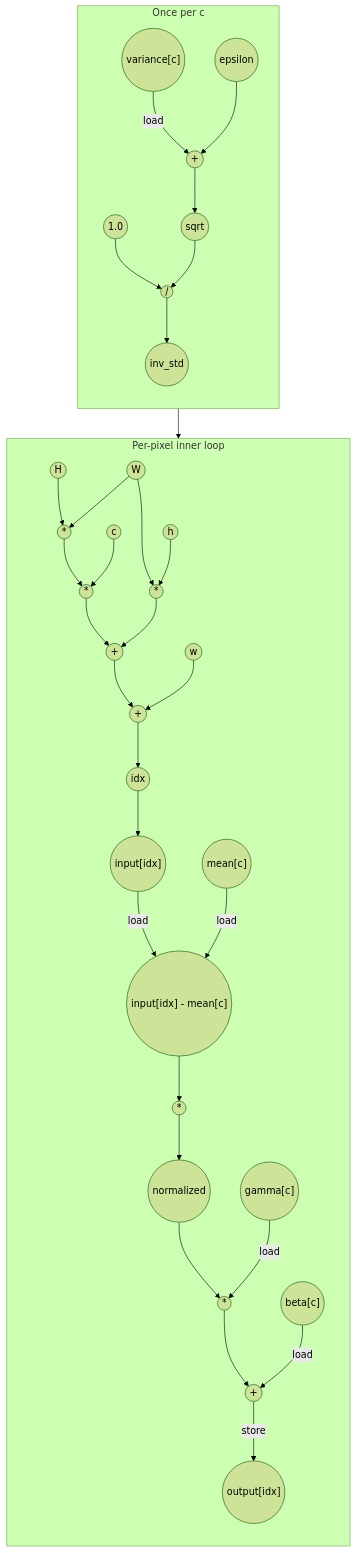
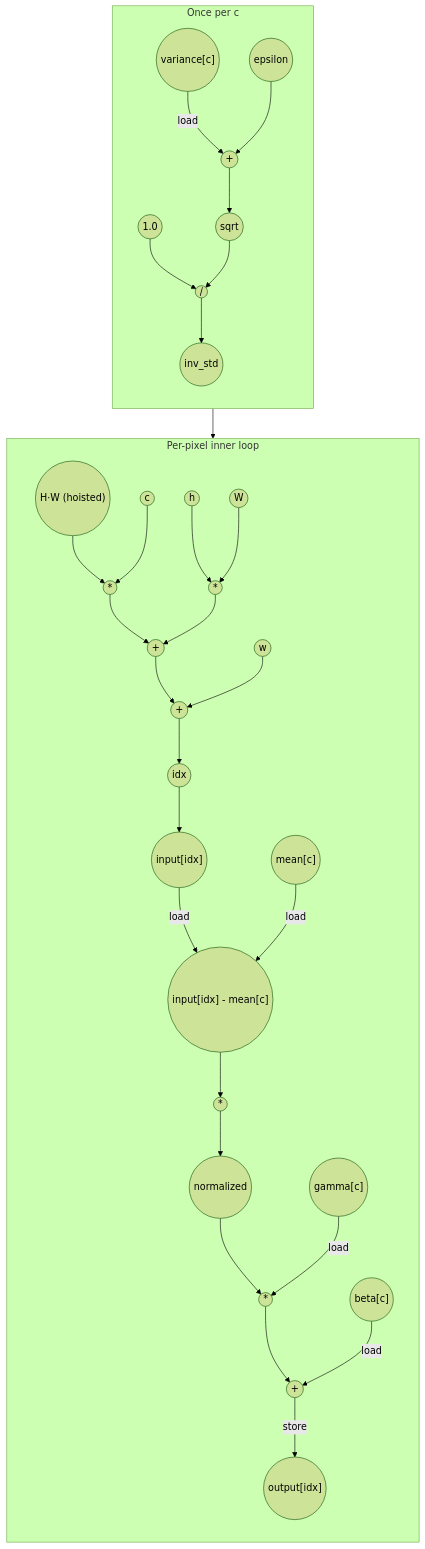
Before and after one commit to PolyArch/loom: the diagram in tests/app/batchnorm/batchnorm_eval.md, drawn with Mermaid (forest theme). The commit also changed other lines of this file and 3 other files, not shown here.

````diff
--- a/tests/app/batchnorm/batchnorm_eval.md
+++ b/tests/app/batchnorm/batchnorm_eval.md
@@ -23,72 +46,72 @@
 ```mermaid
 graph TD
     subgraph channel["Once per c"]
         direction TB
         one(("1.0"))
         epsilon(("epsilon"))
         variance(("variance[c]"))
         add_var_eps((" + "))
         sqrt_var(("sqrt"))
         div_inv_std((" / "))
         inv_std(("inv_std"))
 
         variance -->|load| add_var_eps
         epsilon --> add_var_eps
         add_var_eps --> sqrt_var
         one --> div_inv_std
         sqrt_var --> div_inv_std
         div_inv_std --> inv_std
     end
 
     subgraph pixel["Per-pixel inner loop"]
         direction TB
         c(("c"))
         h(("h"))
-        H(("H"))
+        HW(("H·W (hoisted)"))
         W(("W"))
         w(("w"))
         input(("input[idx]"))
         mean(("mean[c]"))
         gamma(("gamma[c]"))
         beta(("beta[c]"))
         mult_cHW((" * "))
-        mult_HW((" * "))
         mult_hW((" * "))
         mult_norm((" * "))
         mult_output((" * "))
         add1((" + "))
         add2((" + "))
         add_output((" + "))
         sub(("input[idx] - mean[c]"))
         normalized(("normalized"))
         idx(("idx"))
         output(("output[idx]"))
 
-        H --> mult_HW
-        W --> mult_HW & mult_hW
-        mult_HW --> mult_cHW
+        HW --> mult_cHW
         c --> mult_cHW
         h --> mult_hW
+        W --> mult_hW
         mult_cHW --> add1
         mult_hW --> add1
         add1 --> add2
         w --> add2
         add2 --> idx
 
         idx --> input
         input -->|load| sub
         mean -->|load| sub
         sub --> mult_norm
         mult_norm --> normalized
 
         normalized --> mult_output
         gamma -->|load| mult_output
         mult_output --> add_output
         beta -->|load| add_output
         add_output -->|store| output
     end
 
     inv_std --> mult_norm
 
     %% Critical path is feed-forward only; no loop-carried data recurrence, so II = 1.
+    %% Longer chain into mult_norm is idx → load(input) → sub (6 cycles);
+    %% inv_std chain is 4 cycles and is fully overlapped.
 ```
````
